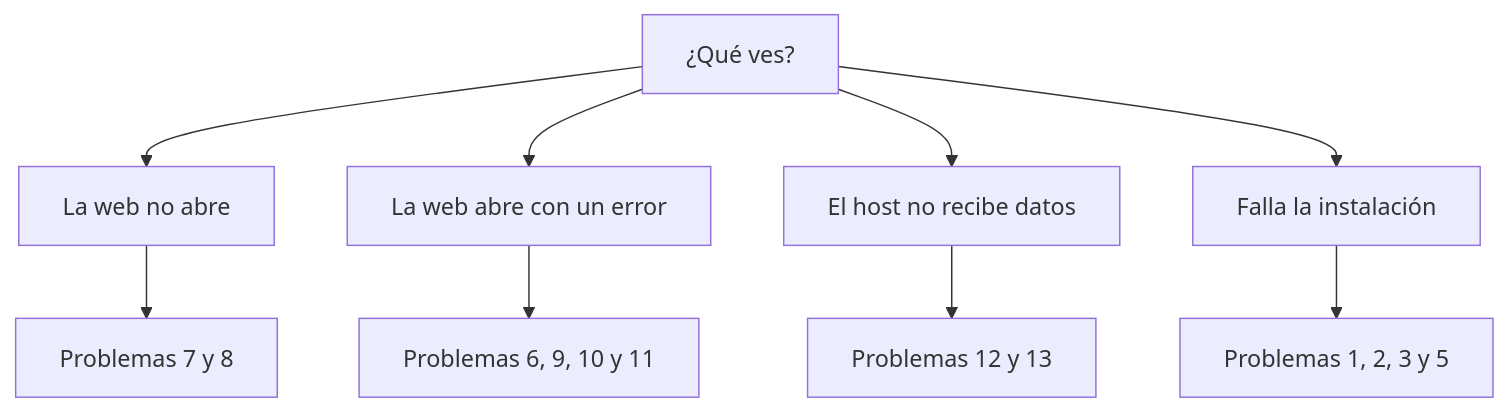
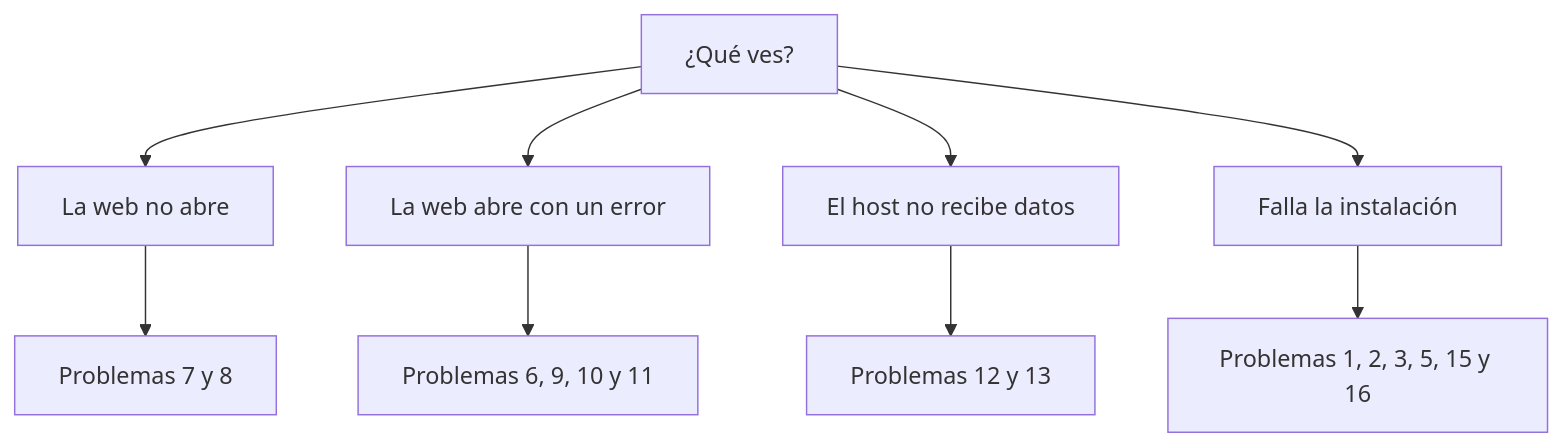
One commit to SimonLexRS/Zabbix-8-rc3-Instalacion changed the first of 3 diagrams in docs/problemas-y-soluciones.md. Above: the diagram before and after it, drawn with Mermaid. The commit also changed other lines of this file and 8 other files, not shown here.

````diff
--- a/docs/problemas-y-soluciones.md
+++ b/docs/problemas-y-soluciones.md
@@ -5,11 +5,11 @@
 ```mermaid
 flowchart TD
     A["¿Qué ves?"] --> B["La web no abre"]
     A --> C["La web abre con un error"]
     A --> D["El host no recibe datos"]
     A --> E["Falla la instalación"]
     B --> B1["Problemas 7 y 8"]
     C --> C1["Problemas 6, 9, 10 y 11"]
     D --> D1["Problemas 12 y 13"]
-    E --> E1["Problemas 1, 2, 3 y 5"]
+    E --> E1["Problemas 1, 2, 3, 5, 15 y 16"]
 ```
````
